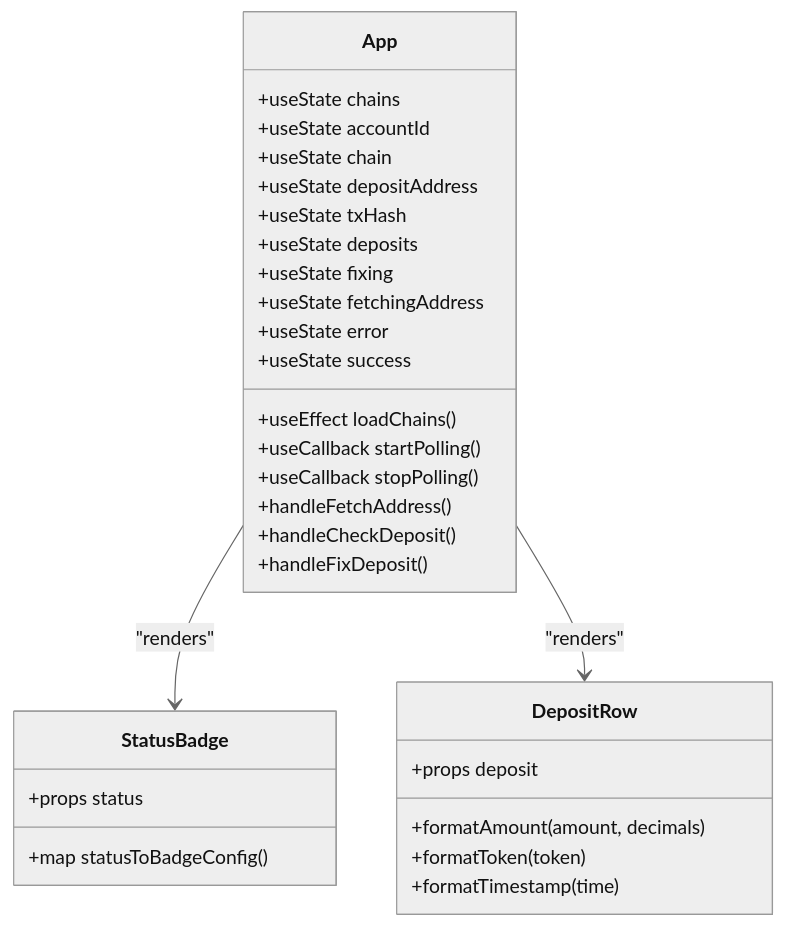
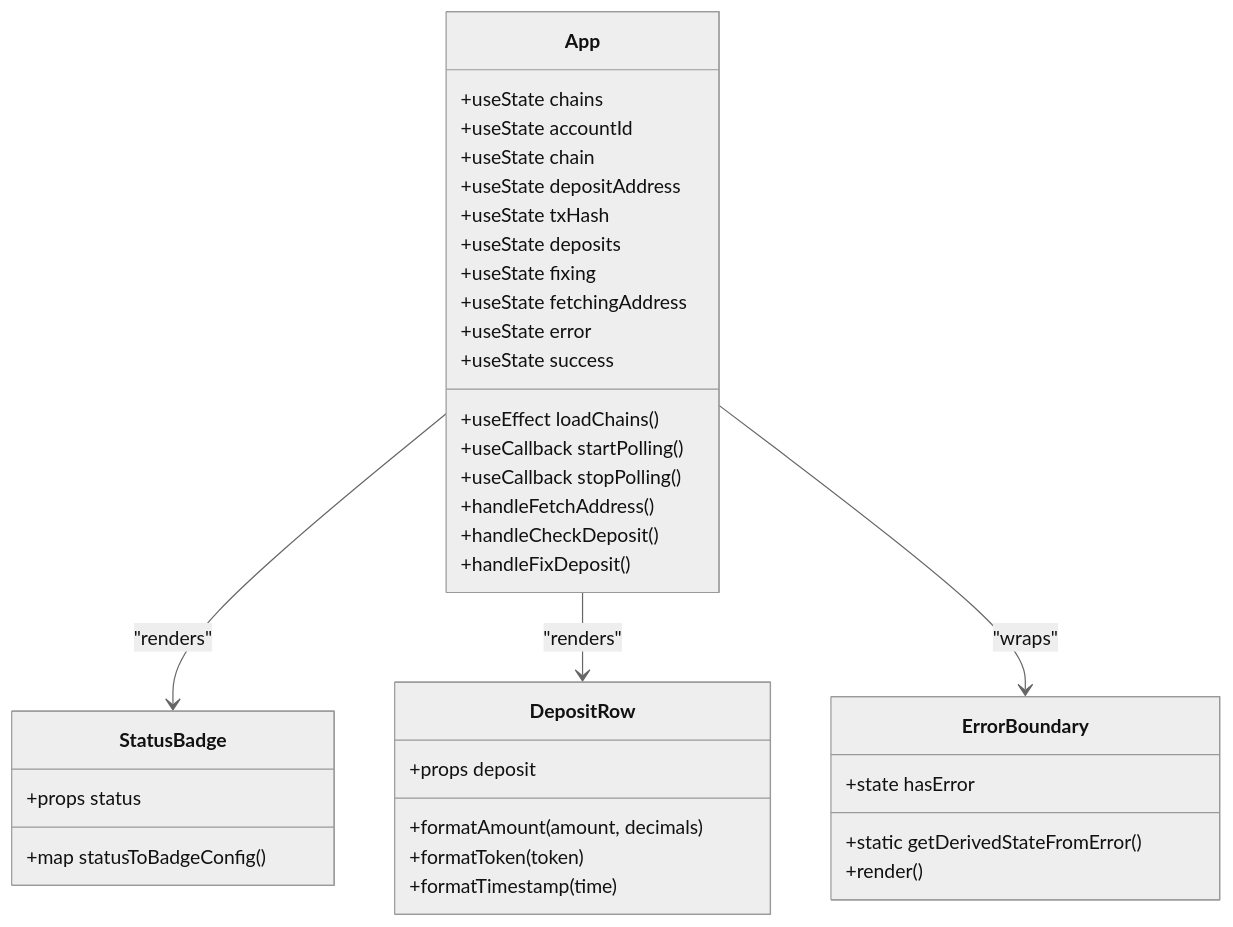
The fifth of 5 diagrams in .qoder/repowiki/en/content/Project Overview.md (KaranMakani/deposit-fixer), drawn with Mermaid (neutral theme) before and after one commit. The commit also changed other lines of this file and 10 other files, not shown here.

````diff
--- a/.qoder/repowiki/en/content/Project Overview.md
+++ b/.qoder/repowiki/en/content/Project Overview.md
@@ -225,33 +252,39 @@
 ```mermaid
 classDiagram
 class App {
 +useState chains
 +useState accountId
 +useState chain
 +useState depositAddress
 +useState txHash
 +useState deposits
 +useState fixing
 +useState fetchingAddress
 +useState error
 +useState success
 +useEffect loadChains()
 +useCallback startPolling()
 +useCallback stopPolling()
 +handleFetchAddress()
 +handleCheckDeposit()
 +handleFixDeposit()
 }
 class StatusBadge {
 +props status
 +map statusToBadgeConfig()
 }
 class DepositRow {
 +props deposit
 +formatAmount(amount, decimals)
 +formatToken(token)
 +formatTimestamp(time)
 }
+class ErrorBoundary {
++state hasError
++static getDerivedStateFromError()
++render()
+}
 App --> StatusBadge : "renders"
 App --> DepositRow : "renders"
+App --> ErrorBoundary : "wraps"
 ```
````
